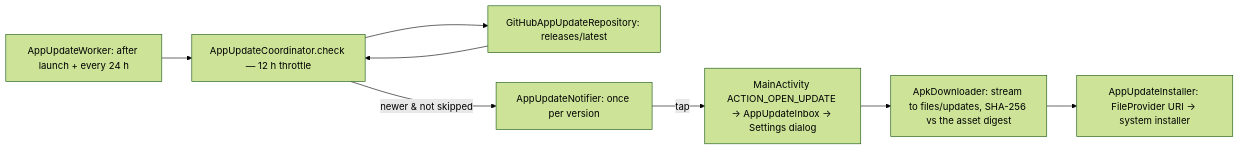
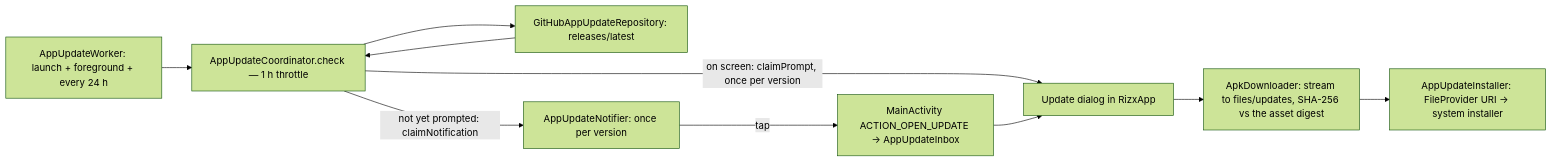
Before and after one commit to UlisesFTP/Rizx-Music-Player: the sixth of 6 diagrams in docs/TECHNICAL_GUIDE.md, drawn with Mermaid (forest theme). The commit also changed other lines of this file and 19 other files, not shown here.

````diff
--- a/docs/TECHNICAL_GUIDE.md
+++ b/docs/TECHNICAL_GUIDE.md
@@ -530,10 +530,12 @@
 ```mermaid
 flowchart LR
-  W[AppUpdateWorker: after launch + every 24 h] --> C[AppUpdateCoordinator.check — 12 h throttle]
+  W[AppUpdateWorker: launch + foreground + every 24 h] --> C[AppUpdateCoordinator.check — 1 h throttle]
   C --> R[GitHubAppUpdateRepository: releases/latest]
   R --> C
-  C -- newer & not skipped --> N[AppUpdateNotifier: once per version]
-  N -- tap --> M[MainActivity ACTION_OPEN_UPDATE → AppUpdateInbox → Settings dialog]
+  C -- on screen: claimPrompt, once per version --> M[Update dialog in RizxApp]
+  C -- not yet prompted: claimNotification --> N[AppUpdateNotifier: once per version]
+  N -- tap --> A[MainActivity ACTION_OPEN_UPDATE → AppUpdateInbox]
+  A --> M
   M --> D[ApkDownloader: stream to files/updates, SHA-256 vs the asset digest]
   D --> I[AppUpdateInstaller: FileProvider URI → system installer]
 ```
````
